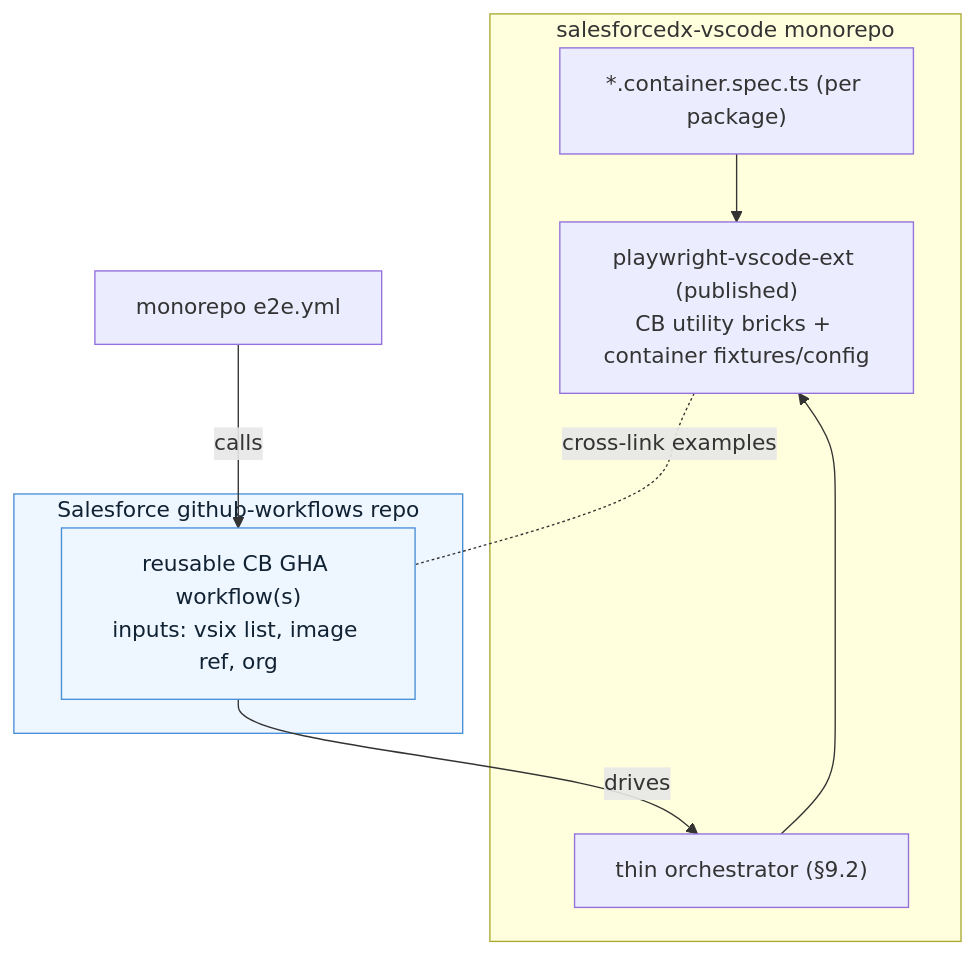
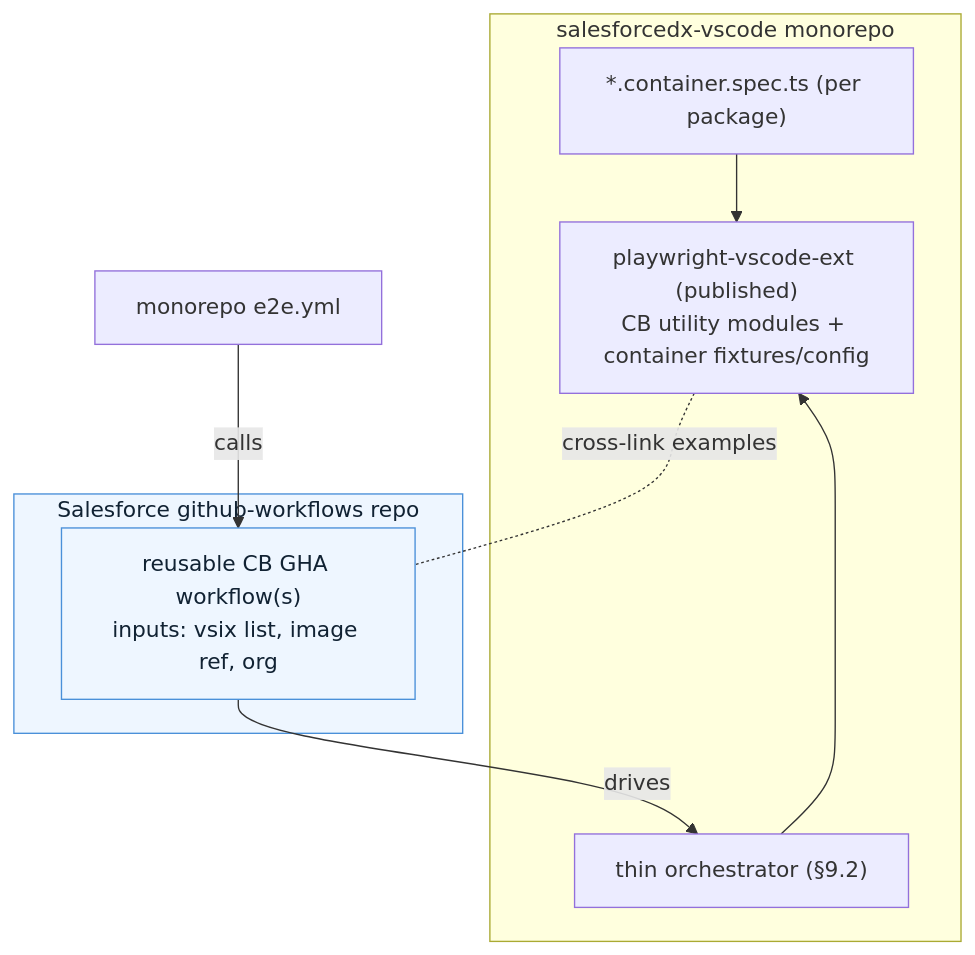
The ninth of 14 diagrams in docs/plans/code-builder-e2e-toolkit.md (forcedotcom/salesforcedx-vscode), drawn with Mermaid before and after one commit. The commit also changed other lines of this file, not shown here.

````diff
--- a/docs/plans/code-builder-e2e-toolkit.md
+++ b/docs/plans/code-builder-e2e-toolkit.md
@@ -675,19 +675,19 @@
 ```mermaid
 flowchart TB
     subgraph MONO["salesforcedx-vscode monorepo"]
-        PVE["playwright-vscode-ext (published)<br/>CB utility bricks + container fixtures/config"]
+        PVE["playwright-vscode-ext (published)<br/>CB utility modules + container fixtures/config"]
         SPECS["*.container.spec.ts (per package)"]
         ORCH["thin orchestrator (§9.2)"]
         SPECS --> PVE
         ORCH --> PVE
     end
     subgraph GHW["Salesforce github-workflows repo"]
         WF["reusable CB GHA workflow(s)<br/>inputs: vsix list, image ref, org"]
     end
     E2E["monorepo e2e.yml"] -->|calls| WF
     WF -->|drives| ORCH
     PVE -. cross-link examples .- WF
 
     classDef ext fill:#eef6ff,stroke:#4a90d9,color:#123;
     class WF,GHW ext;
 ```
````
